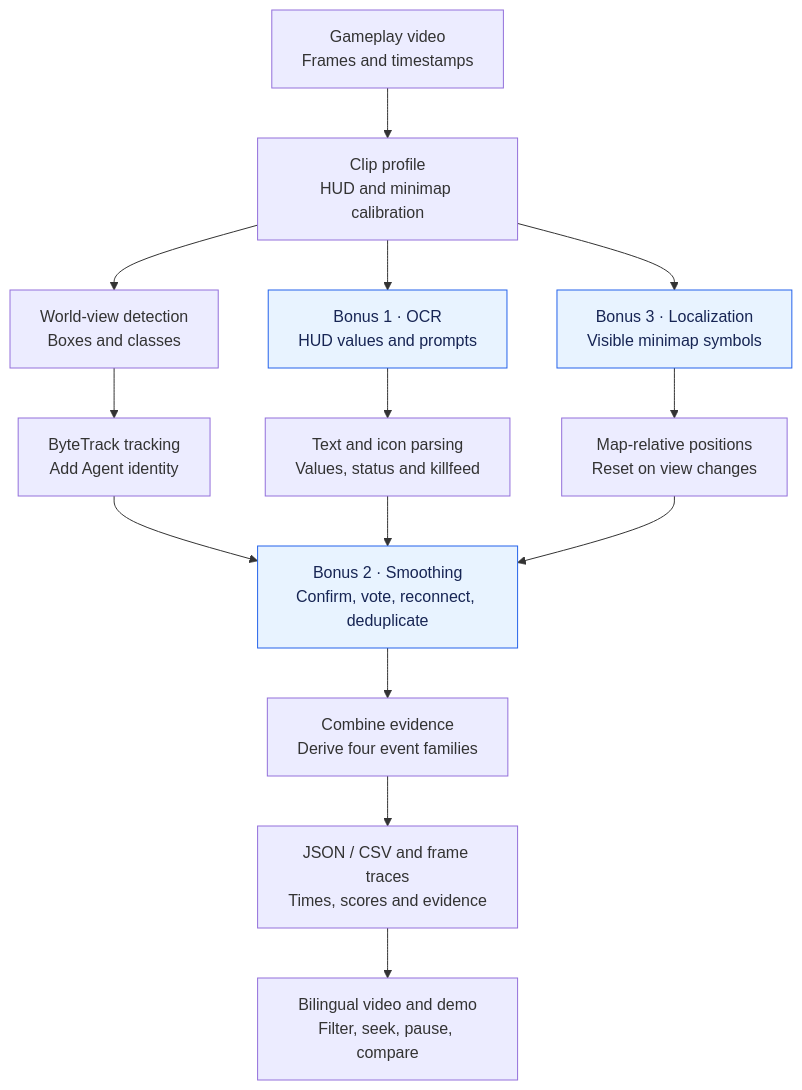
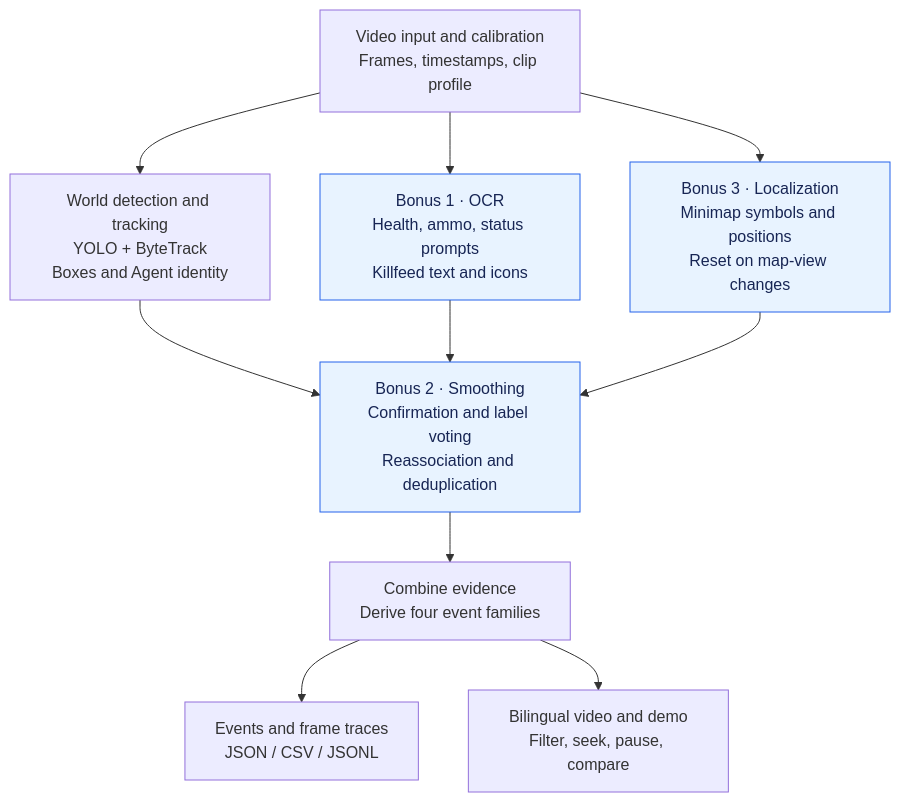
The diagram in README.md (Xuyw041006-arch/valorant-detect), drawn with Mermaid before and after one commit. The commit also changed 2 other files, not shown here.

Commit message:
Group workflow stages into a compact overview

````diff
--- a/README.md
+++ b/README.md
@@ -15,18 +15,14 @@
 ```mermaid
 flowchart TD
-    A["Gameplay video<br/>Frames and timestamps"] --> B["Clip profile<br/>HUD and minimap calibration"]
-    B --> C["World-view detection<br/>Boxes and classes"]
-    B --> D["Bonus 1 · OCR<br/>HUD values and prompts"]
-    B --> E["Bonus 3 · Localization<br/>Visible minimap symbols"]
-    C --> F["ByteTrack tracking<br/>Add Agent identity"]
-    D --> G["Text and icon parsing<br/>Values, status and killfeed"]
-    E --> H["Map-relative positions<br/>Reset on view changes"]
-    F --> I["Bonus 2 · Smoothing<br/>Confirm, vote, reconnect, deduplicate"]
-    G --> I
-    H --> I
-    I --> J["Combine evidence<br/>Derive four event families"]
-    J --> K["JSON / CSV and frame traces<br/>Times, scores and evidence"]
-    K --> L["Bilingual video and demo<br/>Filter, seek, pause, compare"]
+    A["Video input and calibration<br/>Frames, timestamps, clip profile"] --> B["World detection and tracking<br/>YOLO + ByteTrack<br/>Boxes and Agent identity"]
+    A --> C["Bonus 1 · OCR<br/>Health, ammo, status prompts<br/>Killfeed text and icons"]
+    A --> D["Bonus 3 · Localization<br/>Minimap symbols and positions<br/>Reset on map-view changes"]
+    B --> E["Bonus 2 · Smoothing<br/>Confirmation and label voting<br/>Reassociation and deduplication"]
+    C --> E
+    D --> E
+    E --> F["Combine evidence<br/>Derive four event families"]
+    F --> G["Events and frame traces<br/>JSON / CSV / JSONL"]
+    F --> H["Bilingual video and demo<br/>Filter, seek, pause, compare"]
     classDef bonus fill:#e8f3ff,stroke:#2563eb,color:#172554;
-    class D,E,I bonus;
+    class C,D,E bonus;
 ```
````
